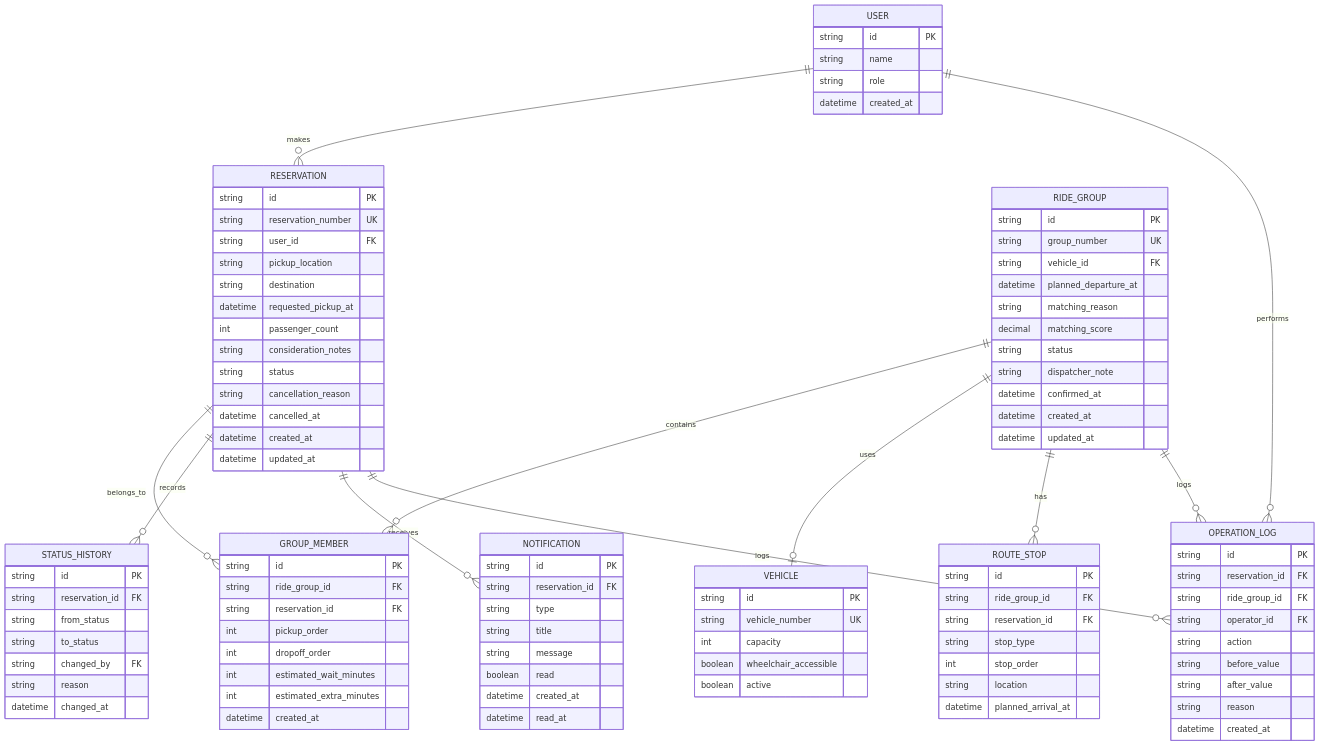
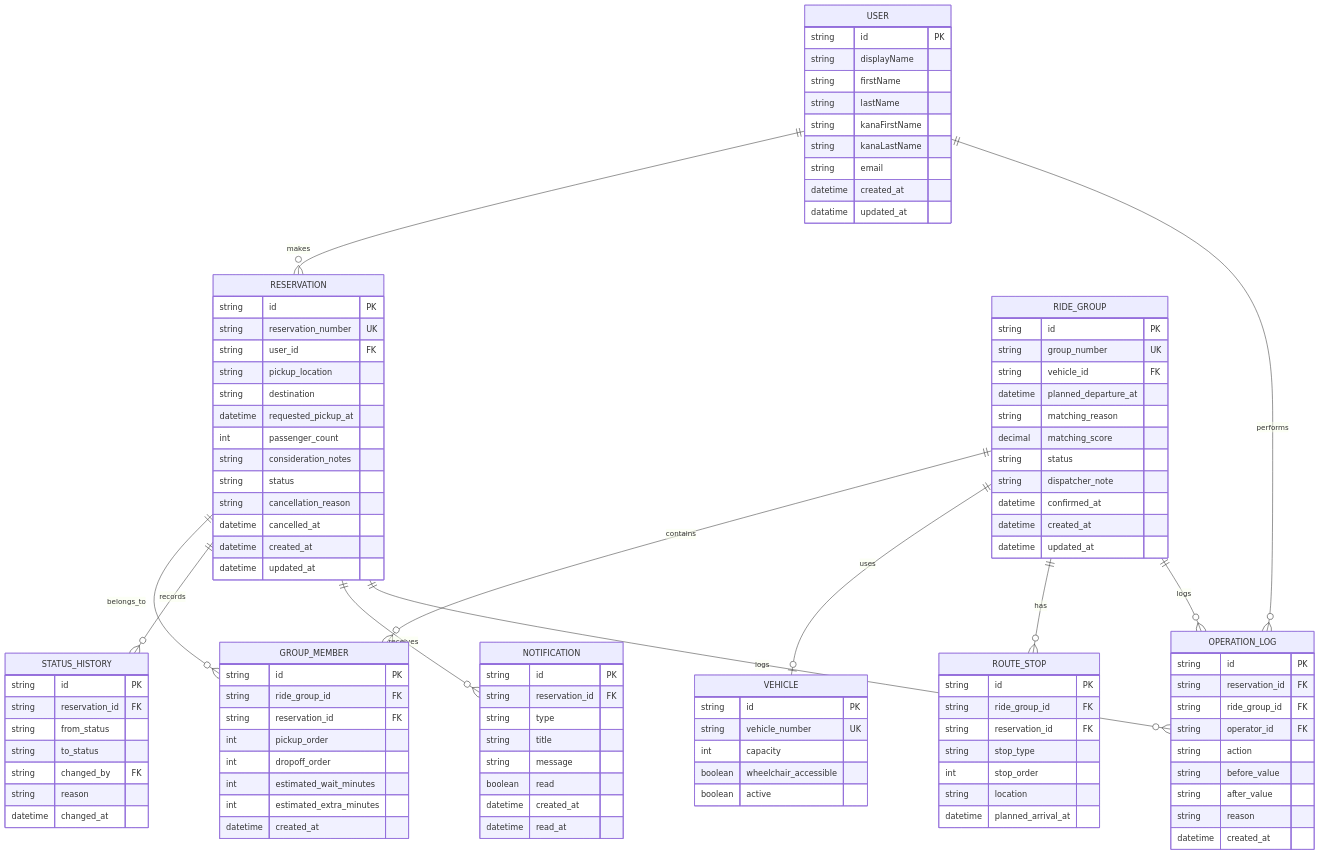
One commit to harusun8777-lang/RoadRide_Sharing changed the first of 2 diagrams in docs/data-model.md. Above: the diagram before and after it, drawn with Mermaid. The commit also changed 9 other files, not shown here.

```diff
--- a/docs/data-model.md
+++ b/docs/data-model.md
@@ -21,9 +21,14 @@
 
     USER {
         string id PK
-        string name
-        string role
+        string displayName
+        string firstName
+        string lastName
+        string kanaFirstName
+        string kanaLastName
+        string email
         datetime created_at
+        datatime updated_at
     }
 
     RESERVATION {
```
